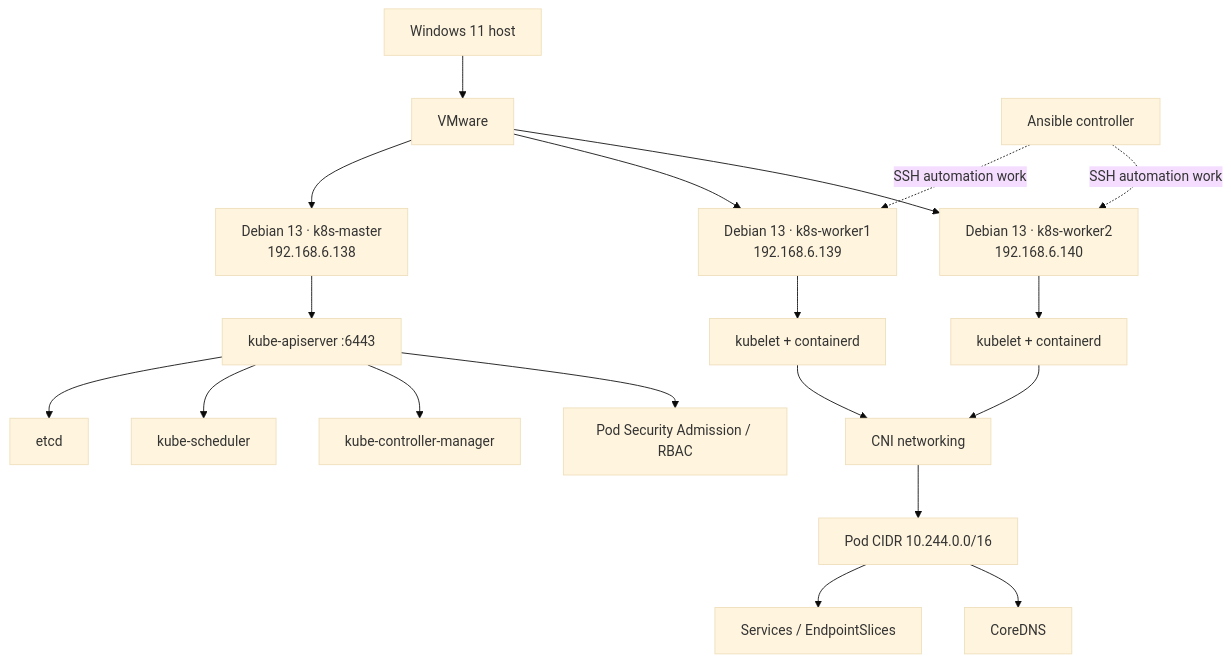
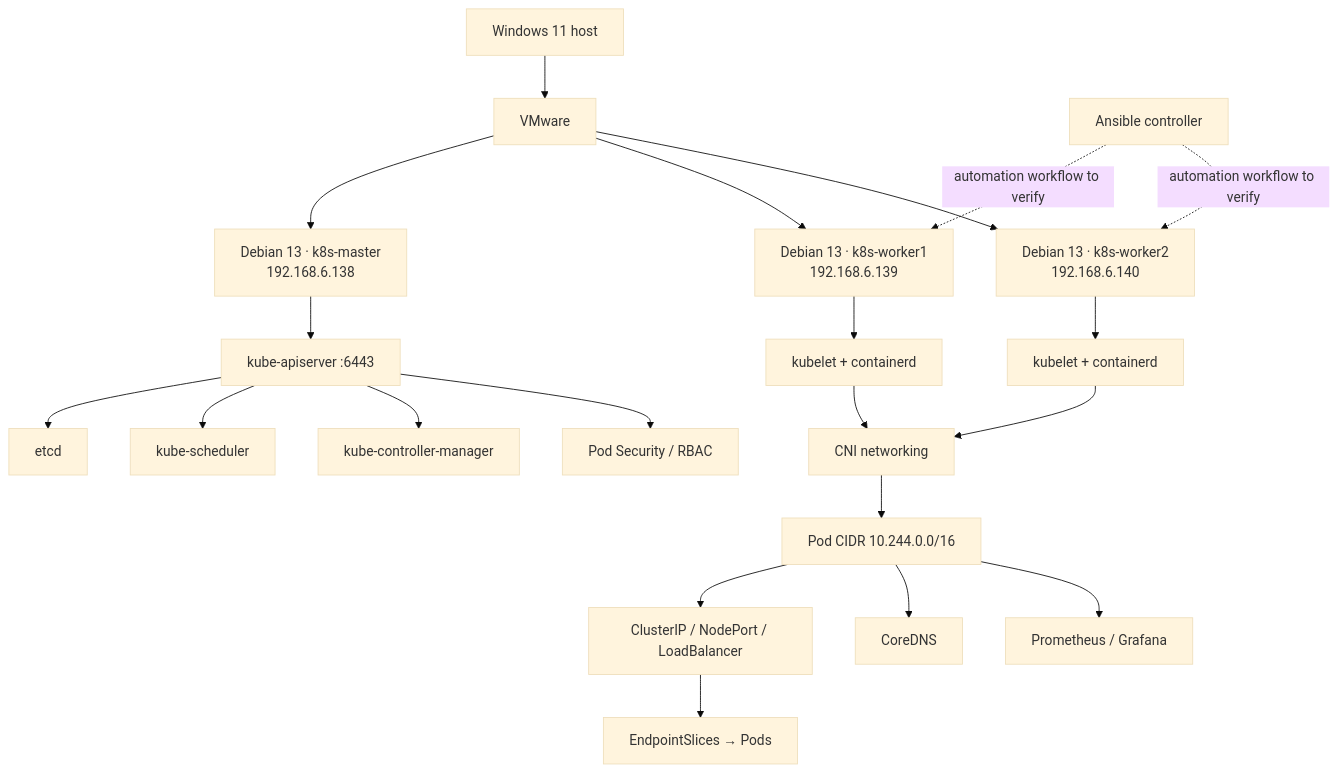
One commit to Rash499/kubernetes-cluster-lab changed the diagram in README.md. Above: the diagram before and after it, drawn with Mermaid (base theme). The commit also changed other lines of this file, not shown here.

Commit message:
Complete repository index with monitoring Helm scaling and controller topics

````diff
--- a/README.md
+++ b/README.md
@@ -7,21 +7,23 @@
 ```mermaid
 flowchart TB
     Host["Windows 11 host"] --> VMware["VMware"]
     VMware --> M["Debian 13 · k8s-master<br/>192.168.6.138"]
     VMware --> W1["Debian 13 · k8s-worker1<br/>192.168.6.139"]
     VMware --> W2["Debian 13 · k8s-worker2<br/>192.168.6.140"]
     M --> API["kube-apiserver :6443"]
     API --> ETCD["etcd"]
     API --> SCH["kube-scheduler"]
     API --> CCM["kube-controller-manager"]
     W1 --> K1["kubelet + containerd"]
     W2 --> K2["kubelet + containerd"]
     K1 --> CNI["CNI networking"]
     K2 --> CNI
     CNI --> Pods["Pod CIDR 10.244.0.0/16"]
-    Pods --> Services["Services / EndpointSlices"]
+    Pods --> Svc["ClusterIP / NodePort / LoadBalancer"]
+    Svc --> EPS["EndpointSlices → Pods"]
     Pods --> DNS["CoreDNS"]
-    API --> Sec["Pod Security Admission / RBAC"]
-    Ansible["Ansible controller"] -. "SSH automation work" .-> W1
-    Ansible -. "SSH automation work" .-> W2
+    API --> Sec["Pod Security / RBAC"]
+    Pods --> Metrics["Prometheus / Grafana"]
+    Ansible["Ansible controller"] -. "automation workflow to verify" .-> W1
+    Ansible -. "automation workflow to verify" .-> W2
 ```
````
